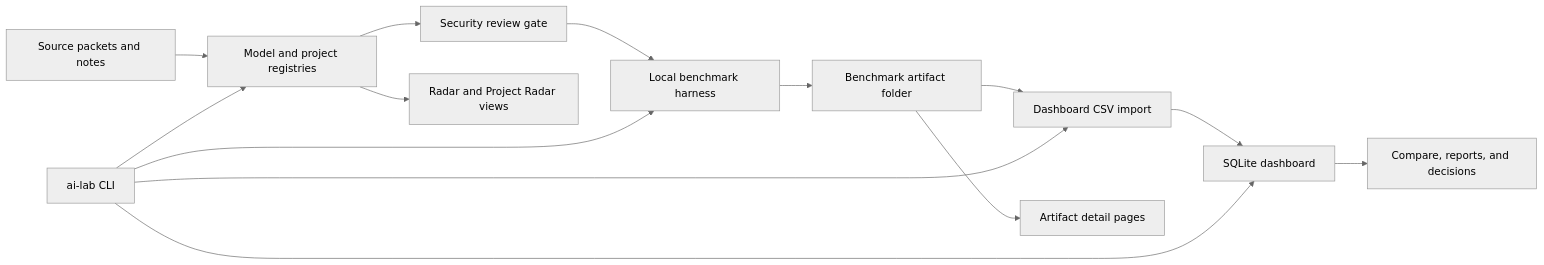
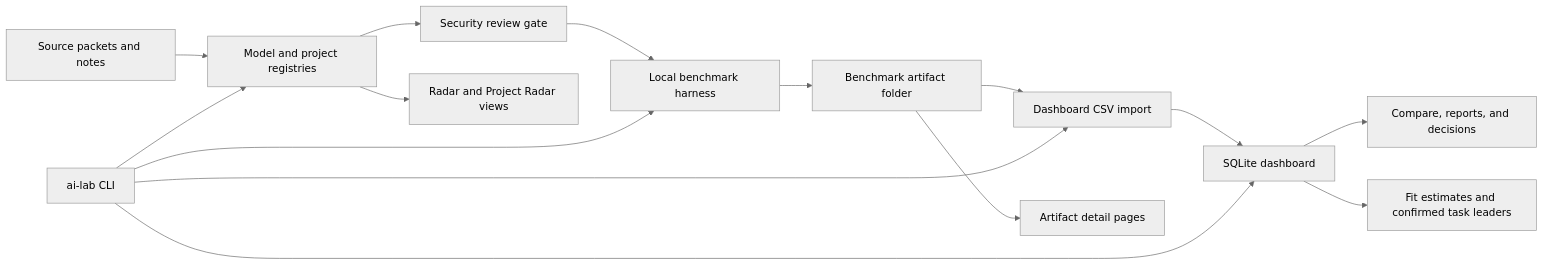
One commit to Nolos510/local-ai-lab changed the diagram in docs/portfolio-case-study.md. Above: the diagram before and after it, drawn with Mermaid (neutral theme). The commit also changed other lines of this file and 4 other files, not shown here.

First line of the commit message:
docs: refresh changelog, roadmap, and portfolio for answers-sprint (v1.1.0 candidate)

````diff
--- a/docs/portfolio-case-study.md
+++ b/docs/portfolio-case-study.md
@@ -60,16 +84,17 @@
 ```mermaid
 flowchart LR
   A["Source packets and notes"] --> B["Model and project registries"]
   B --> C["Security review gate"]
   C --> D["Local benchmark harness"]
   D --> E["Benchmark artifact folder"]
   E --> F["Dashboard CSV import"]
   F --> G["SQLite dashboard"]
   G --> H["Compare, reports, and decisions"]
   B --> I["Radar and Project Radar views"]
   E --> J["Artifact detail pages"]
   K["ai-lab CLI"] --> B
   K --> D
   K --> F
   K --> G
+  G --> L["Fit estimates and confirmed task leaders"]
 ```
````
